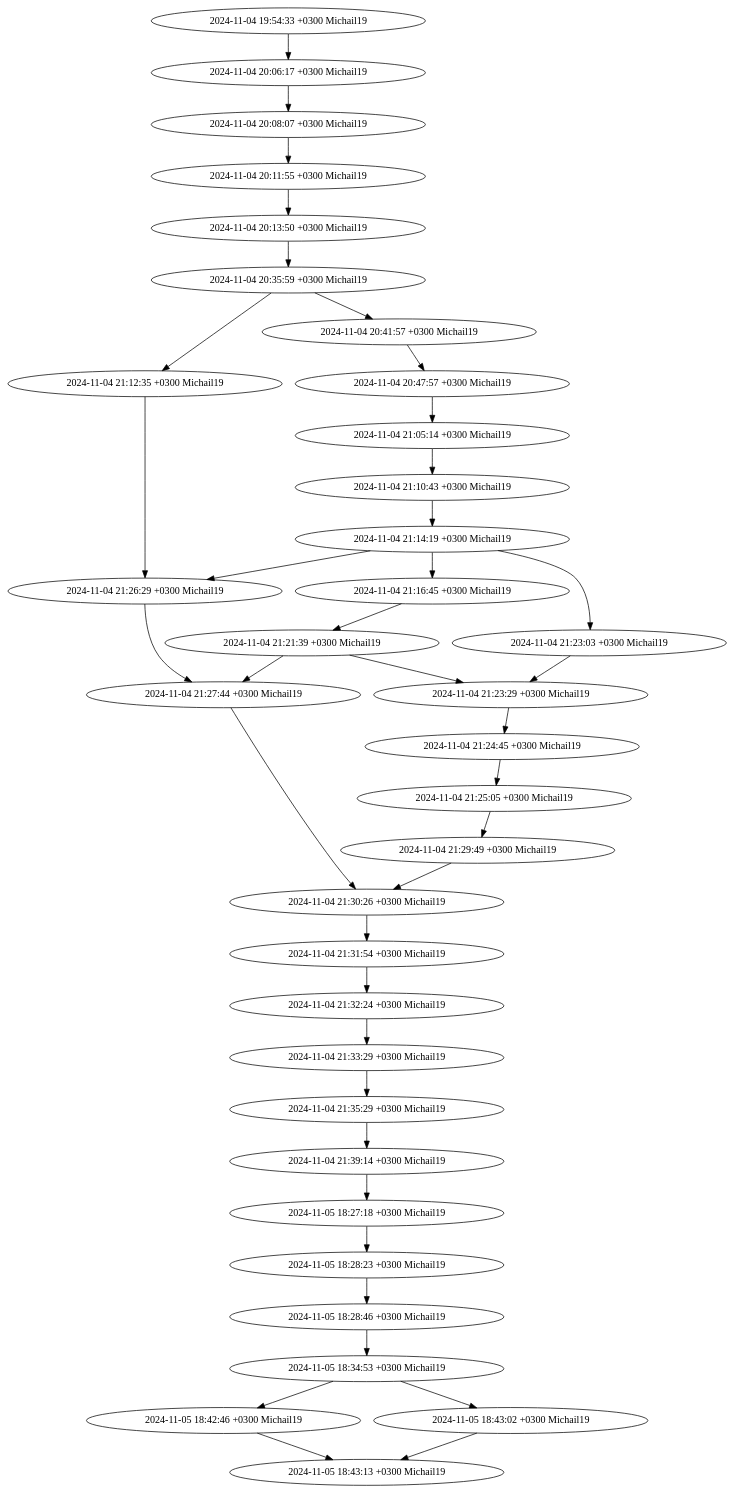
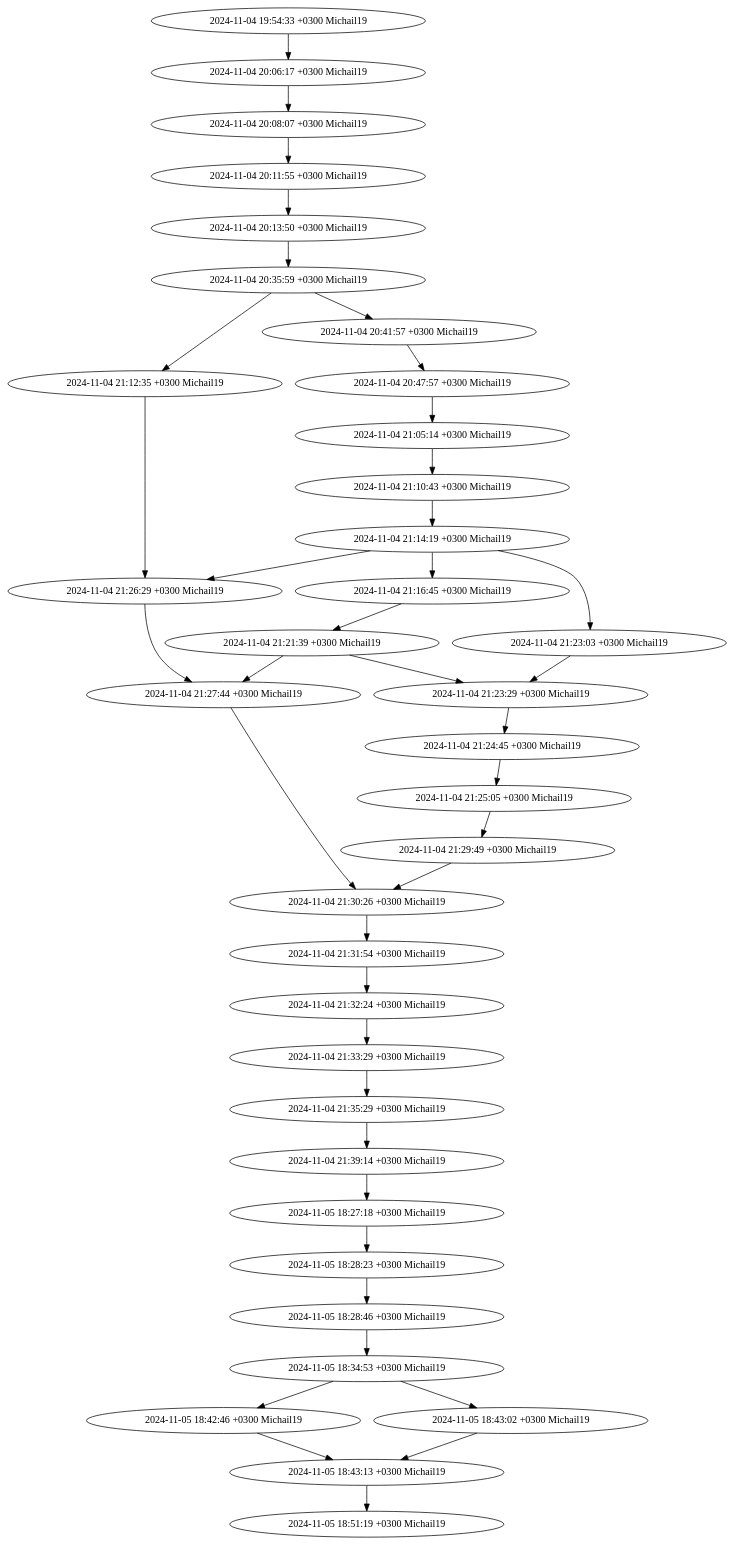
One commit to Michail19/HomeworkForKU2 changed the diagram in graph.dot. Above: the diagram before and after it, drawn with Graphviz. The commit also changed 1 other file, not shown here.

```diff
--- a/graph.dot
+++ b/graph.dot
@@ -1,74 +1,76 @@
 digraph G {
+    "4fb7b05f9160e1394558d03e9ca7b57c21a4c877" [label="2024-11-05 18:51:19 +0300 Michail19"];
+    "e3b70061378da726f3ceeaf2d0269b4eefe2dc3b" -> "4fb7b05f9160e1394558d03e9ca7b57c21a4c877";
     "e3b70061378da726f3ceeaf2d0269b4eefe2dc3b" [label="2024-11-05 18:43:13 +0300 Michail19"];
     "3d77da5bc5a068613d26a65286ca0f2a2ff33743" -> "e3b70061378da726f3ceeaf2d0269b4eefe2dc3b";
     "016a42dcc4731e8f6f7845a3f2d653c835c82487" -> "e3b70061378da726f3ceeaf2d0269b4eefe2dc3b";
     "016a42dcc4731e8f6f7845a3f2d653c835c82487" [label="2024-11-05 18:43:02 +0300 Michail19"];
     "b226757a0d3bdfe7bb9288eb36a1d08d2208f8b4" -> "016a42dcc4731e8f6f7845a3f2d653c835c82487";
     "3d77da5bc5a068613d26a65286ca0f2a2ff33743" [label="2024-11-05 18:42:46 +0300 Michail19"];
     "b226757a0d3bdfe7bb9288eb36a1d08d2208f8b4" -> "3d77da5bc5a068613d26a65286ca0f2a2ff33743";
     "b226757a0d3bdfe7bb9288eb36a1d08d2208f8b4" [label="2024-11-05 18:34:53 +0300 Michail19"];
     "ccdcfe9ed949ec27fdd7b2abea438e35f5e95e4b" -> "b226757a0d3bdfe7bb9288eb36a1d08d2208f8b4";
     "ccdcfe9ed949ec27fdd7b2abea438e35f5e95e4b" [label="2024-11-05 18:28:46 +0300 Michail19"];
     "5cc2021d1bb188f77fb91625237769888bbadb6b" -> "ccdcfe9ed949ec27fdd7b2abea438e35f5e95e4b";
     "5cc2021d1bb188f77fb91625237769888bbadb6b" [label="2024-11-05 18:28:23 +0300 Michail19"];
     "6e096d0e4d9518a4cdc1dcd818f24d45d089ac40" -> "5cc2021d1bb188f77fb91625237769888bbadb6b";
     "6e096d0e4d9518a4cdc1dcd818f24d45d089ac40" [label="2024-11-05 18:27:18 +0300 Michail19"];
     "1eda873f39f2ef5b56b48f18aba46085dcb16463" -> "6e096d0e4d9518a4cdc1dcd818f24d45d089ac40";
     "1eda873f39f2ef5b56b48f18aba46085dcb16463" [label="2024-11-04 21:39:14 +0300 Michail19"];
     "faf27f33da1ac2b9a6ba56a9acee074dde2328a9" -> "1eda873f39f2ef5b56b48f18aba46085dcb16463";
     "faf27f33da1ac2b9a6ba56a9acee074dde2328a9" [label="2024-11-04 21:35:29 +0300 Michail19"];
     "5bc47770626fa6522dd3635f32bc004795204252" -> "faf27f33da1ac2b9a6ba56a9acee074dde2328a9";
     "5bc47770626fa6522dd3635f32bc004795204252" [label="2024-11-04 21:33:29 +0300 Michail19"];
     "7099867cd09df0a27ef1f1914b0ce8fc3078f9d8" -> "5bc47770626fa6522dd3635f32bc004795204252";
     "7099867cd09df0a27ef1f1914b0ce8fc3078f9d8" [label="2024-11-04 21:32:24 +0300 Michail19"];
     "a49ea5245a819f11aacb317402d5c23237cf3d98" -> "7099867cd09df0a27ef1f1914b0ce8fc3078f9d8";
     "a49ea5245a819f11aacb317402d5c23237cf3d98" [label="2024-11-04 21:31:54 +0300 Michail19"];
     "866a92b401ca8e83ca3d6316dcd1e22a87e8d117" -> "a49ea5245a819f11aacb317402d5c23237cf3d98";
     "866a92b401ca8e83ca3d6316dcd1e22a87e8d117" [label="2024-11-04 21:30:26 +0300 Michail19"];
     "7a9c55e732c953dd22e3865b1cc2107096188ec9" -> "866a92b401ca8e83ca3d6316dcd1e22a87e8d117";
     "73258d26e192bf42274e86f7e9734c17fe21e55b" -> "866a92b401ca8e83ca3d6316dcd1e22a87e8d117";
     "7a9c55e732c953dd22e3865b1cc2107096188ec9" [label="2024-11-04 21:29:49 +0300 Michail19"];
     "efd17ccf36fa9608f6c69e0652765e1c54b61b89" -> "7a9c55e732c953dd22e3865b1cc2107096188ec9";
     "73258d26e192bf42274e86f7e9734c17fe21e55b" [label="2024-11-04 21:27:44 +0300 Michail19"];
     "4821cdb57677a2af54a3b32aca9c1be37ca16872" -> "73258d26e192bf42274e86f7e9734c17fe21e55b";
     "7fc610c663c07e7da66307da2faa3662ac333b31" -> "73258d26e192bf42274e86f7e9734c17fe21e55b";
     "7fc610c663c07e7da66307da2faa3662ac333b31" [label="2024-11-04 21:26:29 +0300 Michail19"];
     "f2b4ff9571ac4ab389ead3d52375351dd7324293" -> "7fc610c663c07e7da66307da2faa3662ac333b31";
     "2d0f4fdc62858060ae9614b1424f0938bbaa3a52" -> "7fc610c663c07e7da66307da2faa3662ac333b31";
     "efd17ccf36fa9608f6c69e0652765e1c54b61b89" [label="2024-11-04 21:25:05 +0300 Michail19"];
     "9e4e44ee2bd6a0e7eb1ea17b4f37920688e868e3" -> "efd17ccf36fa9608f6c69e0652765e1c54b61b89";
     "9e4e44ee2bd6a0e7eb1ea17b4f37920688e868e3" [label="2024-11-04 21:24:45 +0300 Michail19"];
     "b8d8953f7ce8fc7522e840ef1407c0d3f7119dd0" -> "9e4e44ee2bd6a0e7eb1ea17b4f37920688e868e3";
     "b8d8953f7ce8fc7522e840ef1407c0d3f7119dd0" [label="2024-11-04 21:23:29 +0300 Michail19"];
     "cb0adba88edc4027e7af5d1263faa7728e007dbc" -> "b8d8953f7ce8fc7522e840ef1407c0d3f7119dd0";
     "4821cdb57677a2af54a3b32aca9c1be37ca16872" -> "b8d8953f7ce8fc7522e840ef1407c0d3f7119dd0";
     "cb0adba88edc4027e7af5d1263faa7728e007dbc" [label="2024-11-04 21:23:03 +0300 Michail19"];
     "f2b4ff9571ac4ab389ead3d52375351dd7324293" -> "cb0adba88edc4027e7af5d1263faa7728e007dbc";
     "4821cdb57677a2af54a3b32aca9c1be37ca16872" [label="2024-11-04 21:21:39 +0300 Michail19"];
     "0521441b2467a0f04cd6b93a559208cb02ce9157" -> "4821cdb57677a2af54a3b32aca9c1be37ca16872";
     "0521441b2467a0f04cd6b93a559208cb02ce9157" [label="2024-11-04 21:16:45 +0300 Michail19"];
     "f2b4ff9571ac4ab389ead3d52375351dd7324293" -> "0521441b2467a0f04cd6b93a559208cb02ce9157";
     "f2b4ff9571ac4ab389ead3d52375351dd7324293" [label="2024-11-04 21:14:19 +0300 Michail19"];
     "8b50d4b403be2a20fe8b77a8ab2e54a6161746f5" -> "f2b4ff9571ac4ab389ead3d52375351dd7324293";
     "2d0f4fdc62858060ae9614b1424f0938bbaa3a52" [label="2024-11-04 21:12:35 +0300 Michail19"];
     "370b81cb2696b5585780ff9c1359753ce070d8a6" -> "2d0f4fdc62858060ae9614b1424f0938bbaa3a52";
     "8b50d4b403be2a20fe8b77a8ab2e54a6161746f5" [label="2024-11-04 21:10:43 +0300 Michail19"];
     "20d60cd260b4c83e5d54e93c36e41720101eb681" -> "8b50d4b403be2a20fe8b77a8ab2e54a6161746f5";
     "20d60cd260b4c83e5d54e93c36e41720101eb681" [label="2024-11-04 21:05:14 +0300 Michail19"];
     "9b440faa52a7ab727df50053aa68a014c2ebaf03" -> "20d60cd260b4c83e5d54e93c36e41720101eb681";
     "9b440faa52a7ab727df50053aa68a014c2ebaf03" [label="2024-11-04 20:47:57 +0300 Michail19"];
     "6e5519de86204676ec1090770f51b928f61f6c24" -> "9b440faa52a7ab727df50053aa68a014c2ebaf03";
     "6e5519de86204676ec1090770f51b928f61f6c24" [label="2024-11-04 20:41:57 +0300 Michail19"];
     "370b81cb2696b5585780ff9c1359753ce070d8a6" -> "6e5519de86204676ec1090770f51b928f61f6c24";
     "370b81cb2696b5585780ff9c1359753ce070d8a6" [label="2024-11-04 20:35:59 +0300 Michail19"];
     "6e44a9eccef9dc107c26c453559d669ebd84dbcc" -> "370b81cb2696b5585780ff9c1359753ce070d8a6";
     "6e44a9eccef9dc107c26c453559d669ebd84dbcc" [label="2024-11-04 20:13:50 +0300 Michail19"];
     "46367f7de67175d5f03c9e8ae2067ac21fec0a92" -> "6e44a9eccef9dc107c26c453559d669ebd84dbcc";
     "46367f7de67175d5f03c9e8ae2067ac21fec0a92" [label="2024-11-04 20:11:55 +0300 Michail19"];
     "49837d93d4a5fb59956aadbba3c262efa4b05267" -> "46367f7de67175d5f03c9e8ae2067ac21fec0a92";
     "49837d93d4a5fb59956aadbba3c262efa4b05267" [label="2024-11-04 20:08:07 +0300 Michail19"];
     "1c911d746562f2b41f69b62a80a2f5a56168f865" -> "49837d93d4a5fb59956aadbba3c262efa4b05267";
     "1c911d746562f2b41f69b62a80a2f5a56168f865" [label="2024-11-04 20:06:17 +0300 Michail19"];
     "27dfd2e4035db62bb239fdf60053539fa3b2f90f" -> "1c911d746562f2b41f69b62a80a2f5a56168f865";
     "27dfd2e4035db62bb239fdf60053539fa3b2f90f" [label="2024-11-04 19:54:33 +0300 Michail19"];
 }
```
